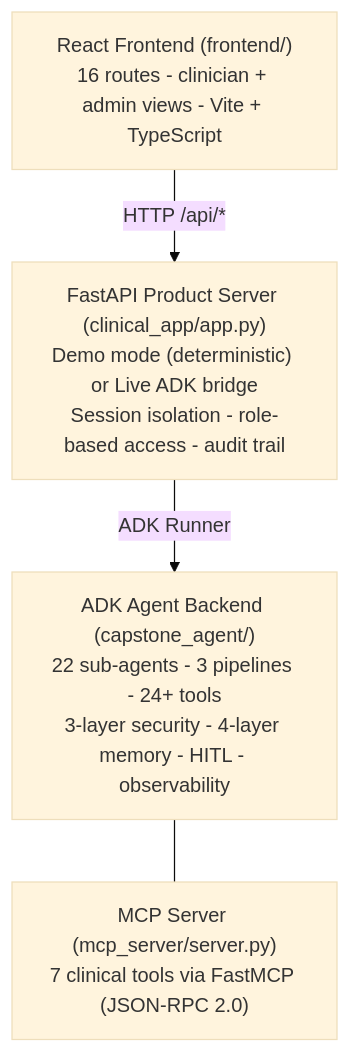
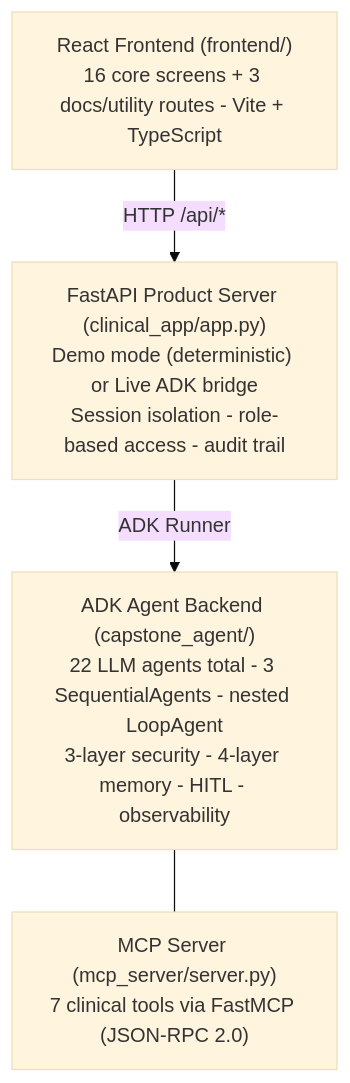
One commit to GeorgiNaydenov/Google-Capstone-Project changed the diagram in Project Wiki/02 Architecture/System Overview.md. Above: the diagram before and after it, drawn with Mermaid (base theme). The commit also changed other lines of this file and 290 other files, not shown here.

````diff
--- a/Project Wiki/02 Architecture/System Overview.md
+++ b/Project Wiki/02 Architecture/System Overview.md
@@ -17,11 +17,11 @@
 ```mermaid
 flowchart TD
-    FE["React Frontend (frontend/)<br/>16 routes - clinician + admin views - Vite + TypeScript"]
+    FE["React Frontend (frontend/)<br/>16 core screens + 3 docs/utility routes - Vite + TypeScript"]
     API["FastAPI Product Server (clinical_app/app.py)<br/>Demo mode (deterministic) or Live ADK bridge<br/>Session isolation - role-based access - audit trail"]
-    ADK["ADK Agent Backend (capstone_agent/)<br/>22 sub-agents - 3 pipelines - 24+ tools<br/>3-layer security - 4-layer memory - HITL - observability"]
+    ADK["ADK Agent Backend (capstone_agent/)<br/>22 LLM agents total - 3 SequentialAgents - nested LoopAgent<br/>3-layer security - 4-layer memory - HITL - observability"]
     MCP["MCP Server (mcp_server/server.py)<br/>7 clinical tools via FastMCP (JSON-RPC 2.0)"]
 
     FE -- "HTTP /api/*" --> API
     API -- "ADK Runner" --> ADK
     ADK --- MCP
 ```
````
